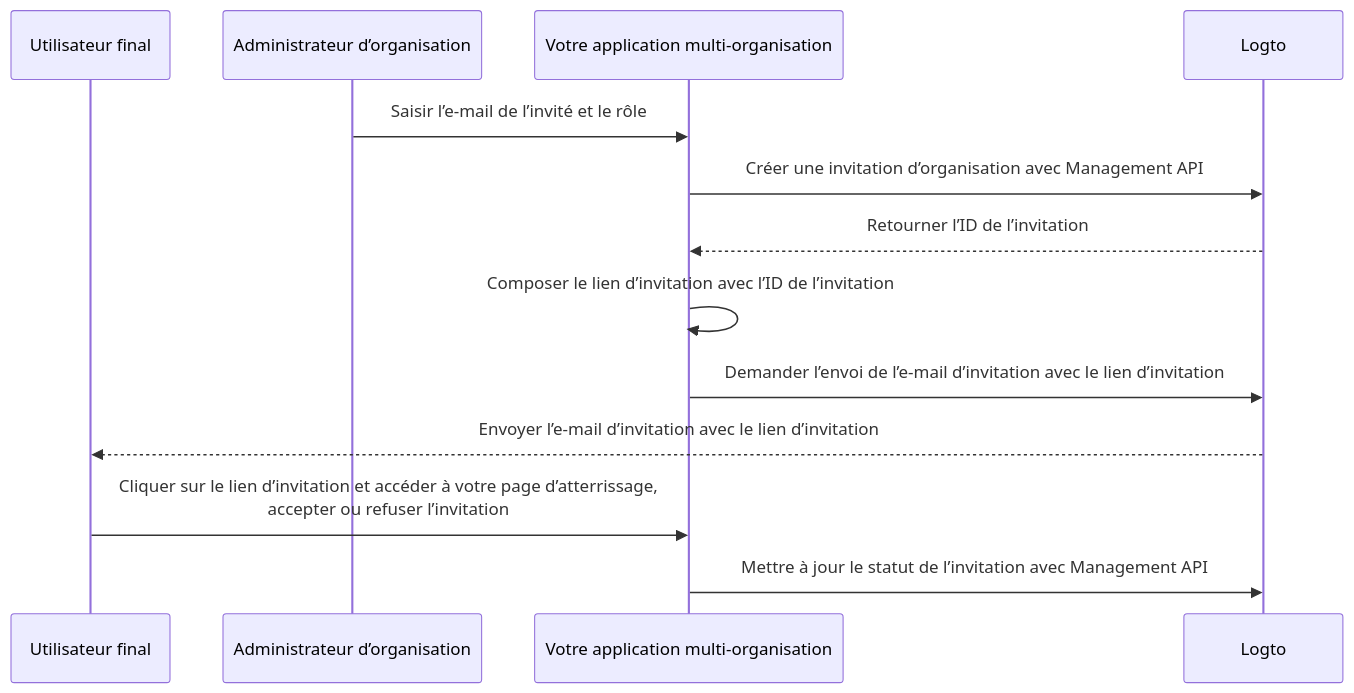
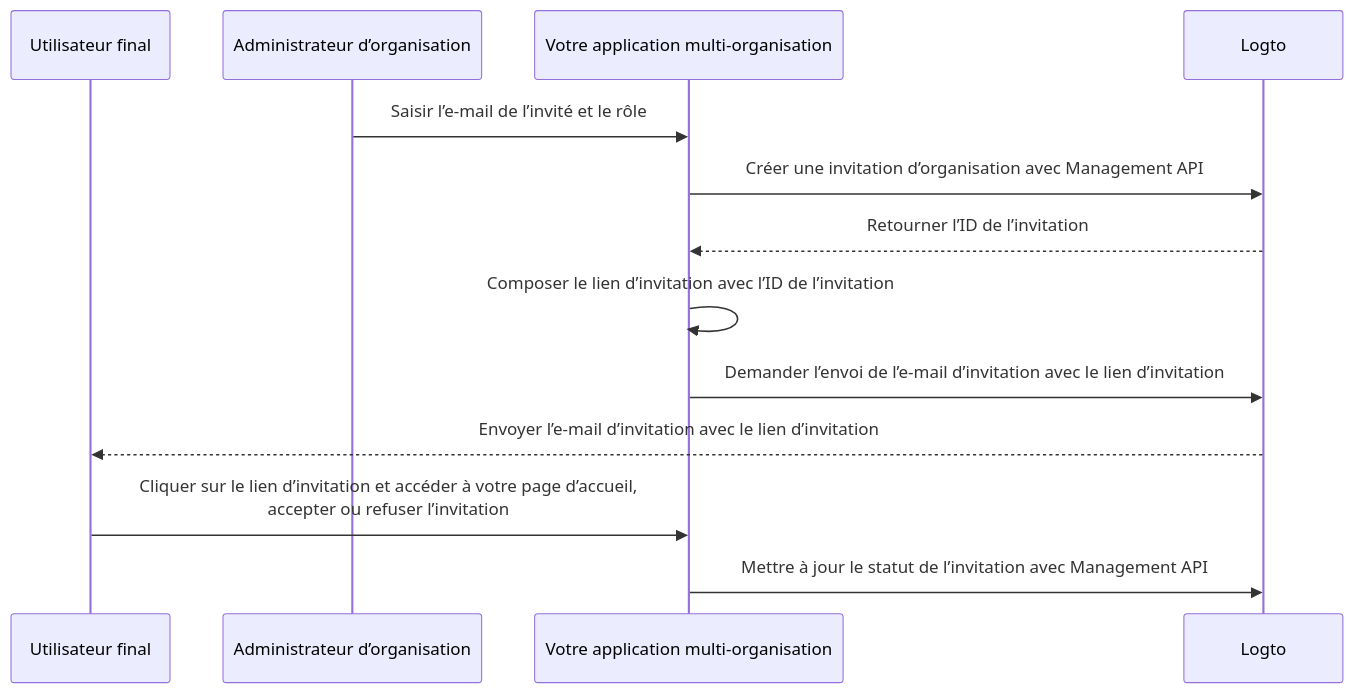
The diagram in i18n/fr/docusaurus-plugin-content-docs/current/end-user-flows/organization-experience/invite-organization-members.mdx (logto-io/docs), drawn with Mermaid before and after one commit. The commit also changed other lines of this file and 54 other files, not shown here.

````diff
--- a/i18n/fr/docusaurus-plugin-content-docs/current/end-user-flows/organization-experience/invite-organization-members.mdx
+++ b/i18n/fr/docusaurus-plugin-content-docs/current/end-user-flows/organization-experience/invite-organization-members.mdx
@@ -13,16 +13,16 @@
 ```mermaid
 sequenceDiagram
 	Participant U as Utilisateur final
   Participant A as Administrateur d’organisation
-  Participant C as Votre application multi-organisation
+  Participant C as Votre application multi‑organisation
 	Participant L as Logto
 
   A ->> C: Saisir l’e-mail de l’invité et le rôle
   C ->> L: Créer une invitation d’organisation avec Management API
   L -->> C: Retourner l’ID de l’invitation
   C ->> C: Composer le lien d’invitation avec l’ID de l’invitation
   C ->> L: Demander l’envoi de l’e-mail d’invitation avec le lien d’invitation
   L -->> U: Envoyer l’e-mail d’invitation avec le lien d’invitation
-  U ->> C: Cliquer sur le lien d’invitation et accéder à votre page d’atterrissage,<br /> accepter ou refuser l’invitation
+  U ->> C: Cliquer sur le lien d’invitation et accéder à votre page d’accueil,<br /> accepter ou refuser l’invitation
   C ->> L: Mettre à jour le statut de l’invitation avec Management API
 ```
````
